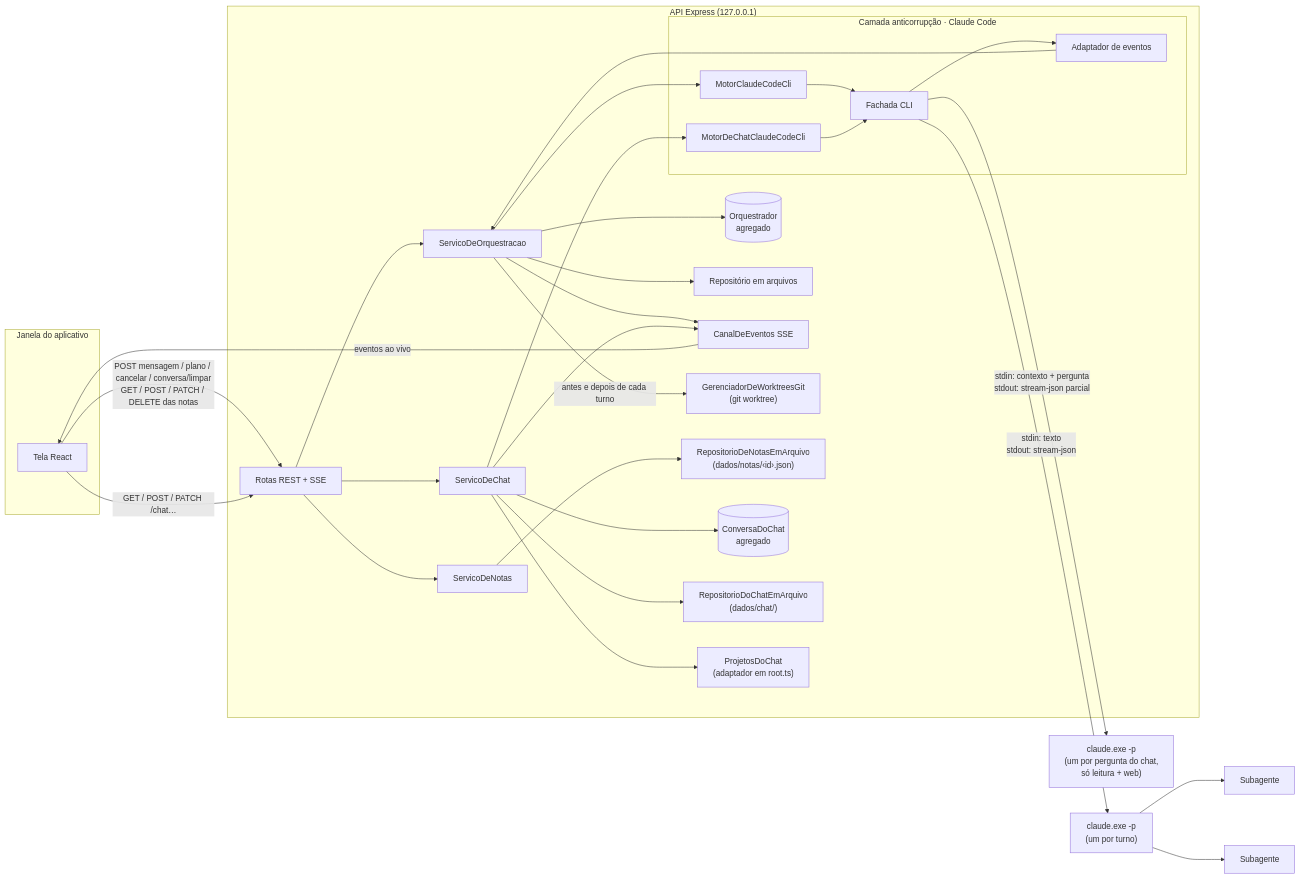
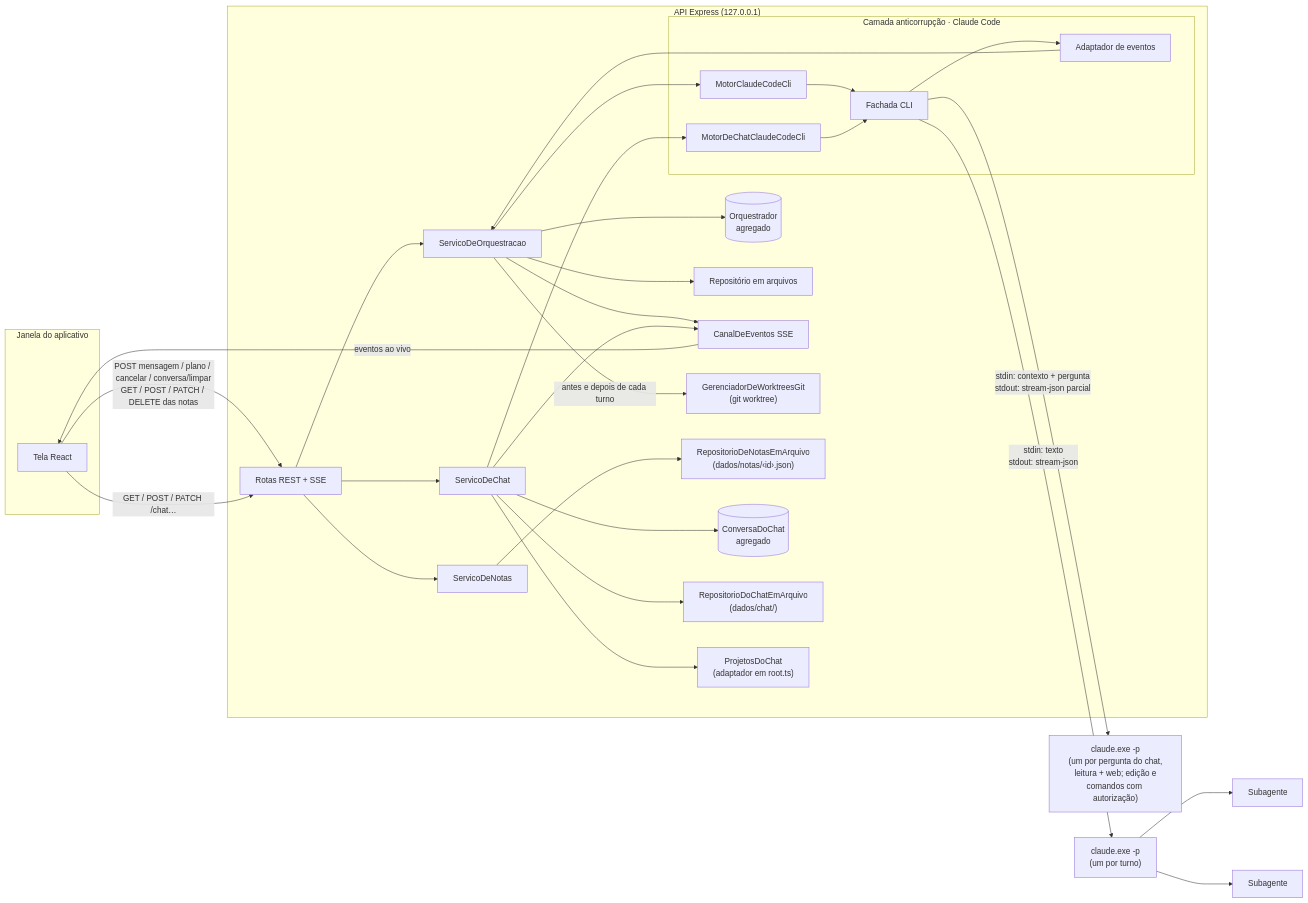
Before and after one commit to Le3Dev/orquestrador-app: the second of 3 diagrams in README.md, drawn with Mermaid. The commit also changed other lines of this file and 30 other files, not shown here.

First line of the commit message:
feat: chat rápido edita e roda comandos com autorização até o /clear

````diff
--- a/README.md
+++ b/README.md
@@ -260,48 +269,48 @@
 ```mermaid
 flowchart LR
   subgraph Janela["Janela do aplicativo"]
     T[Tela React]
   end
   subgraph API["API Express (127.0.0.1)"]
     R[Rotas REST + SSE]
     S[ServicoDeOrquestracao]
     O[(Orquestrador<br/>agregado)]
     Rep[Repositório em arquivos]
     C[CanalDeEventos SSE]
     W["GerenciadorDeWorktreesGit<br/>(git worktree)"]
     SN[ServicoDeNotas]
     RN["RepositorioDeNotasEmArquivo<br/>(dados/notas/‹id›.json)"]
     SC[ServicoDeChat]
     CV[(ConversaDoChat<br/>agregado)]
     RC["RepositorioDoChatEmArquivo<br/>(dados/chat/)"]
     PC["ProjetosDoChat<br/>(adaptador em root.ts)"]
     subgraph ACL["Camada anticorrupção · Claude Code"]
       M[MotorClaudeCodeCli]
       MC[MotorDeChatClaudeCodeCli]
       A[Adaptador de eventos]
       F[Fachada CLI]
     end
   end
   CC["claude.exe -p<br/>(um por turno)"]
-  CCC["claude.exe -p<br/>(um por pergunta do chat,<br/>só leitura + web)"]
+  CCC["claude.exe -p<br/>(um por pergunta do chat,<br/>leitura + web; edição e<br/>comandos com autorização)"]
   SA1[Subagente]
   SA2[Subagente]
 
   T -- POST mensagem / plano / cancelar / conversa/limpar<br/>GET / POST / PATCH / DELETE das notas --> R
   C -- eventos ao vivo --> T
   R --> S --> O
   R --> SN --> RN
   S --> Rep
   S --> C
   S -- antes e depois de cada turno --> W
   S --> M --> F -- stdin: texto<br/>stdout: stream-json --> CC
   F --> A --> S
   CC --> SA1
   CC --> SA2
   T -- "GET / POST / PATCH /chat…" --> R
   R --> SC --> CV
   SC --> RC
   SC --> PC
   SC --> C
   SC --> MC --> F -- "stdin: contexto + pergunta<br/>stdout: stream-json parcial" --> CCC
 ```
````
